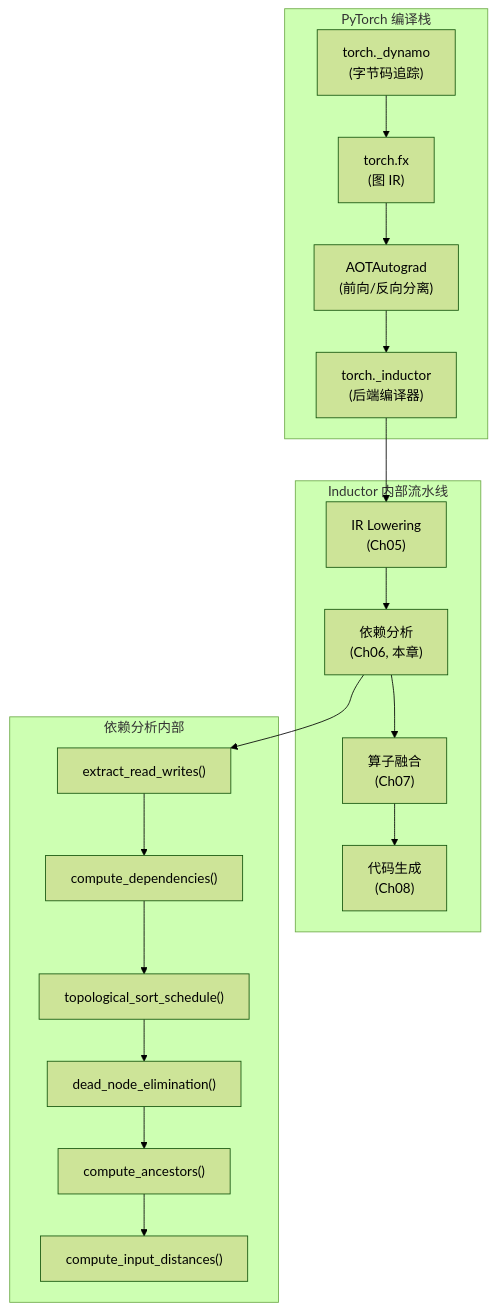
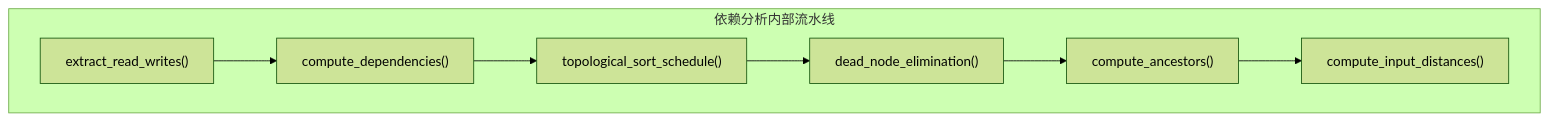
One commit to Allen-C-Guan/Pytorch-Inductor-Tutorial changed the seventh of 7 diagrams in Introduction/compiler_view_tutorial/ch06_dependency.md. Above: the diagram before and after it, drawn with Mermaid (forest theme). The commit also changed other lines of this file and 12 other files, not shown here.

````diff
--- a/Introduction/compiler_view_tutorial/ch06_dependency.md
+++ b/Introduction/compiler_view_tutorial/ch06_dependency.md
@@ -1124,31 +1110,12 @@
 ```mermaid
 graph TB
-    subgraph "PyTorch 编译栈"
-        DYNAMO["torch._dynamo<br/>(字节码追踪)"]
-        FX["torch.fx<br/>(图 IR)"]
-        AOT["AOTAutograd<br/>(前向/反向分离)"]
-        IND["torch._inductor<br/>(后端编译器)"]
-    end
-
-    subgraph "Inductor 内部流水线"
-        IR_LOW["IR Lowering<br/>(Ch05)"]
-        DEP["依赖分析<br/>(Ch06, 本章)"]
-        FUSION["算子融合<br/>(Ch07)"]
-        CG["代码生成<br/>(Ch08)"]
-    end
-
-    DYNAMO --> FX --> AOT --> IND
-    IND --> IR_LOW --> DEP --> FUSION --> CG
-
-    subgraph "依赖分析内部"
+    subgraph "依赖分析内部流水线"
         ERW2["extract_read_writes()"]
         CD2["compute_dependencies()"]
         TS2["topological_sort_schedule()"]
         DCE2["dead_node_elimination()"]
         CA2["compute_ancestors()"]
         CID2["compute_input_distances()"]
         ERW2 --> CD2 --> TS2 --> DCE2 --> CA2 --> CID2
     end
-
-    DEP --> ERW2
 ```
````
